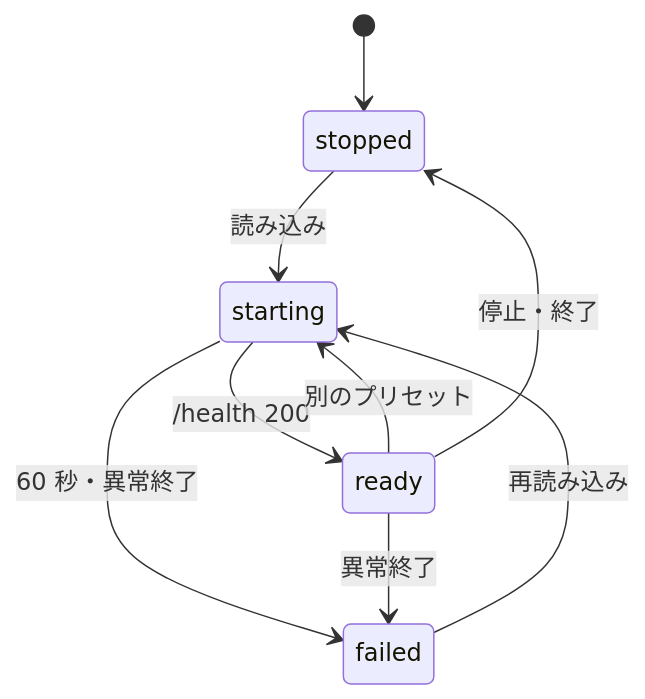
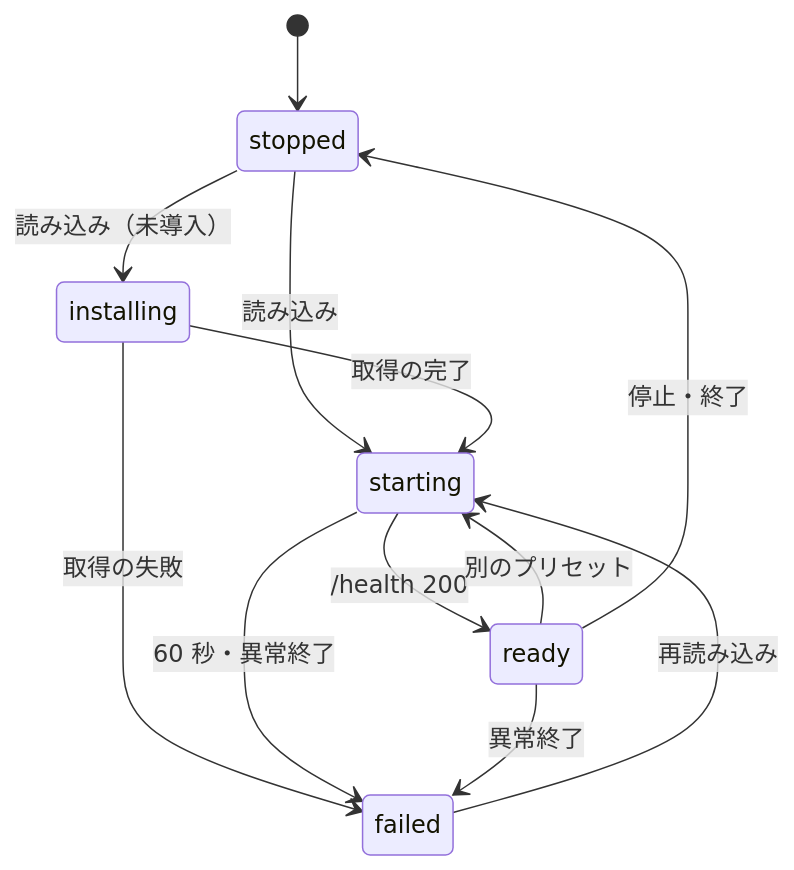
Before and after one commit to itiwoja/llm-party: diagram 12 of 12 in docs/design/10_diagrams.md, drawn with Mermaid. The commit also changed other lines of this file and 22 other files, not shown here.

````diff
--- a/docs/design/10_diagrams.md
+++ b/docs/design/10_diagrams.md
@@ -247,11 +247,14 @@
 ```mermaid
 stateDiagram-v2
   [*] --> stopped
   stopped --> starting: 読み込み
+  stopped --> installing: 読み込み（未導入）
+  installing --> starting: 取得の完了
+  installing --> failed: 取得の失敗
   starting --> ready: /health 200
   starting --> failed: 60 秒・異常終了
   ready --> starting: 別のプリセット
   ready --> failed: 異常終了
   ready --> stopped: 停止・終了
   failed --> starting: 再読み込み
 ```
````
